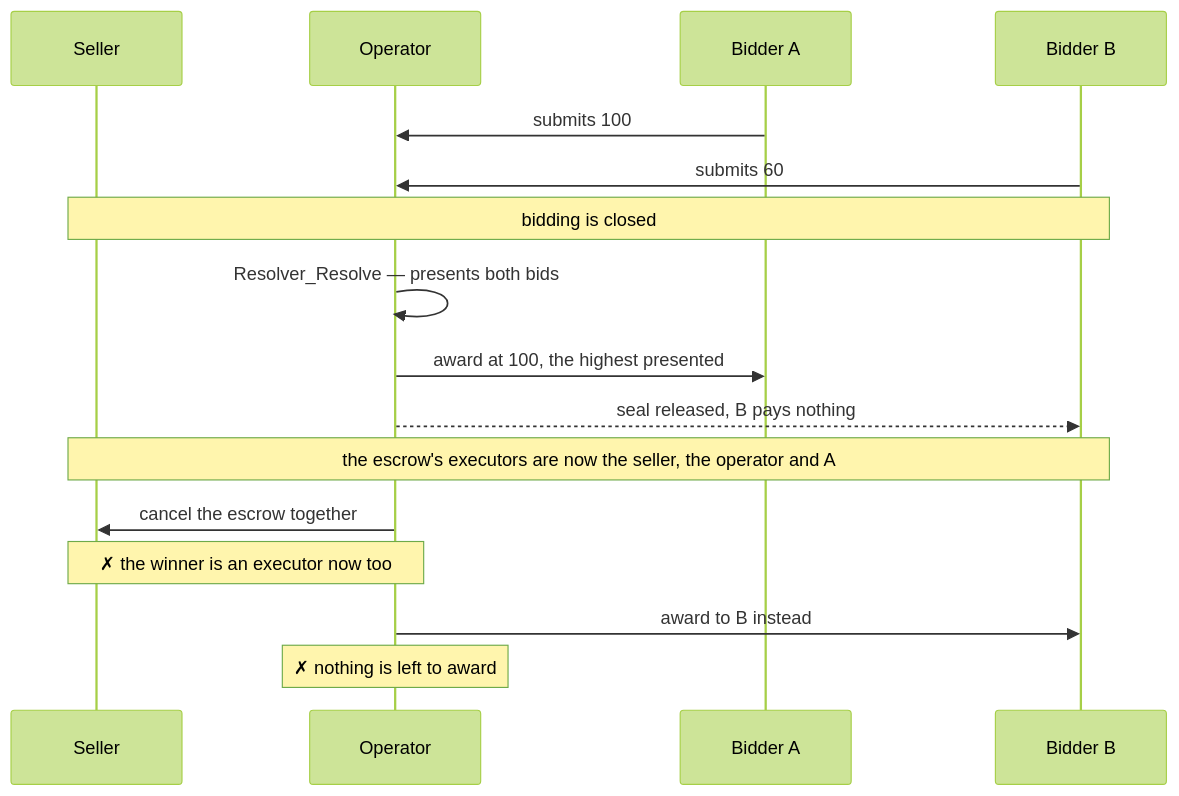
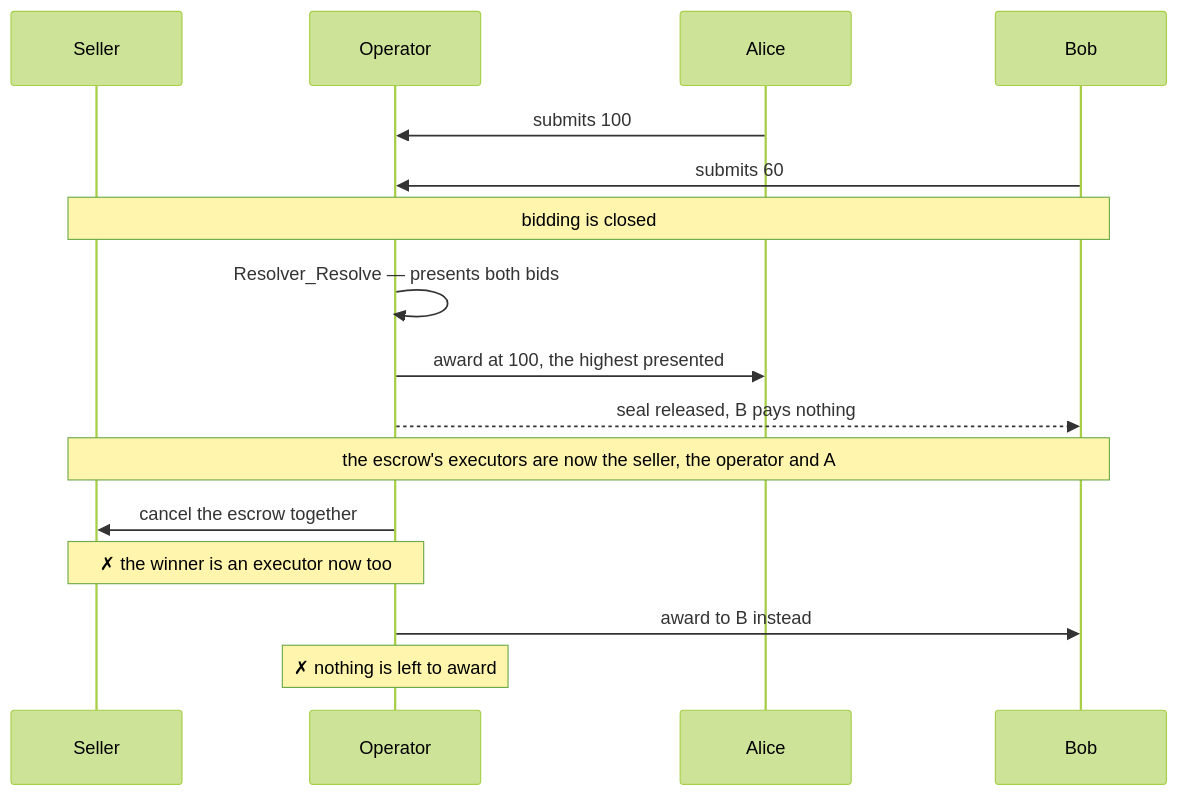
One commit to unlockitio/concordia changed the third of 7 diagrams in examples/auctions/sealed-bid-first-price-high-trust/DEMOS.md. Above: the diagram before and after it, drawn with Mermaid (forest theme). The commit also changed other lines of this file and 12 other files, not shown here.

````diff
--- a/examples/auctions/sealed-bid-first-price-high-trust/DEMOS.md
+++ b/examples/auctions/sealed-bid-first-price-high-trust/DEMOS.md
@@ -144,21 +147,21 @@
 ```mermaid
 sequenceDiagram
     participant S as Seller
     participant O as Operator
-    participant A as Bidder A
-    participant B as Bidder B
+    participant A as Alice
+    participant B as Bob
 
     A->>O: submits 100
     B->>O: submits 60
     Note over S,B: bidding is closed
 
     O->>O: Resolver_Resolve — presents both bids
     O->>A: award at 100, the highest presented
     O-->>B: seal released, B pays nothing
     Note over S,B: the escrow's executors are now the seller, the operator and A
 
     O->>S: cancel the escrow together
     Note over S,O: ✗ the winner is an executor now too
     O->>B: award to B instead
     Note over O: ✗ nothing is left to award
 ```
````
